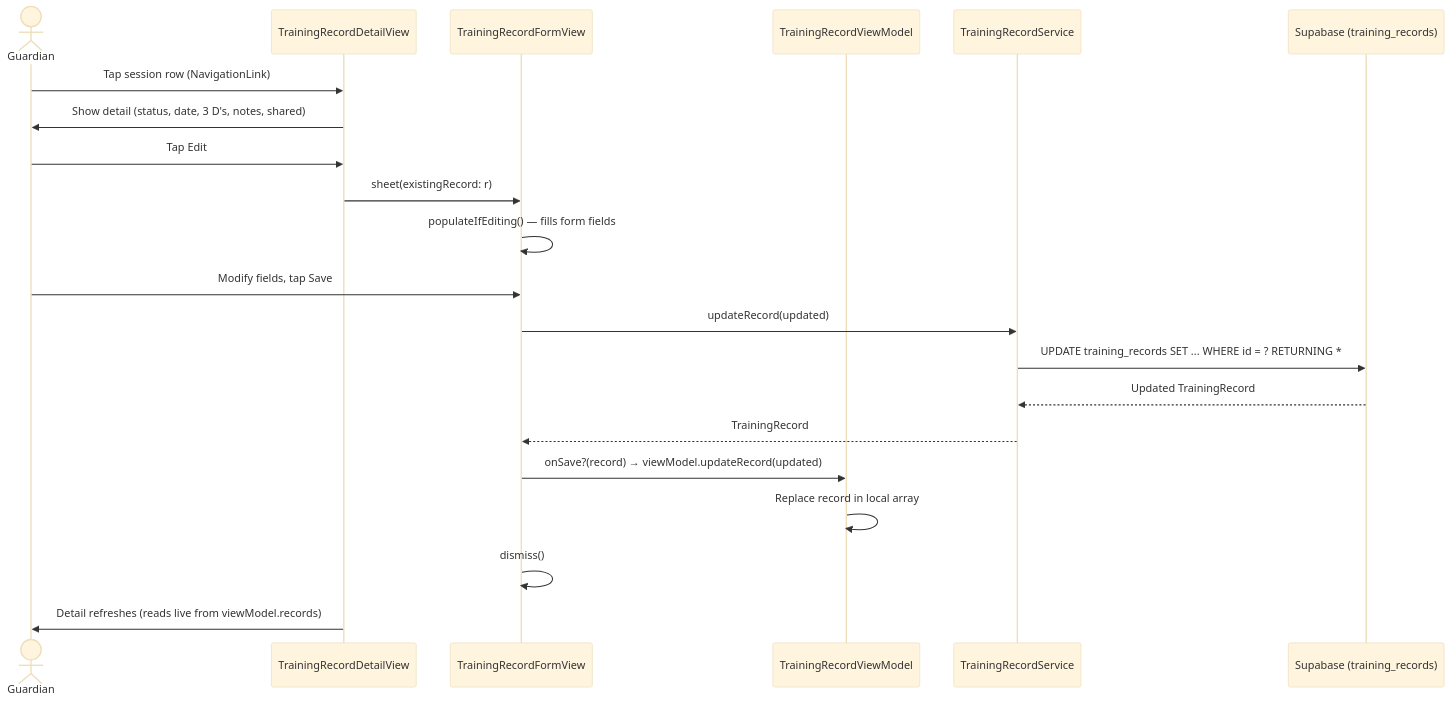
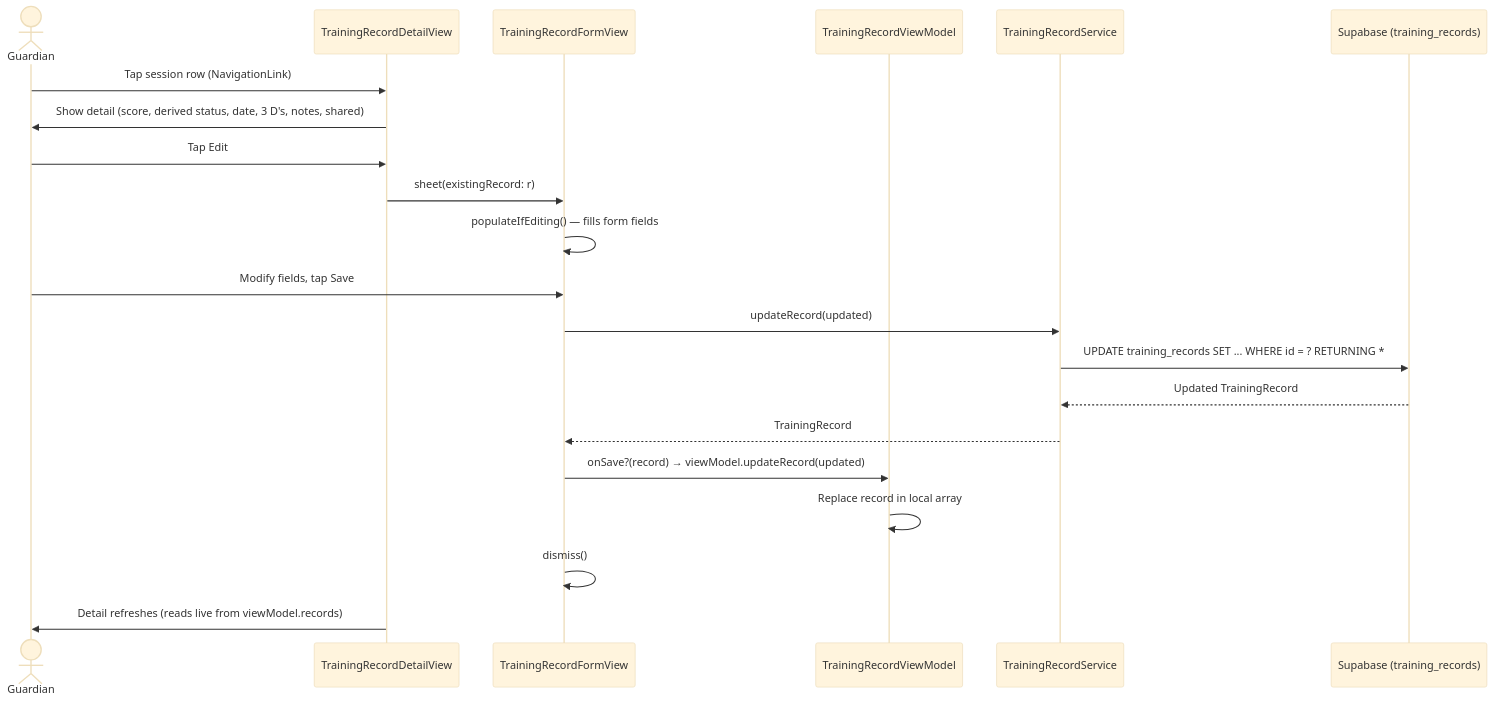
One commit to markculley/HoundHabit changed the third of 4 diagrams in docs/use_cases/log_training.md. Above: the diagram before and after it, drawn with Mermaid (base theme). The commit also changed other lines of this file and 9 other files, not shown here.

````diff
--- a/docs/use_cases/log_training.md
+++ b/docs/use_cases/log_training.md
@@ -65,24 +67,24 @@
 ```mermaid
 sequenceDiagram
     actor G as Guardian
     participant DV as TrainingRecordDetailView
     participant FV as TrainingRecordFormView
     participant VM as TrainingRecordViewModel
     participant SVC as TrainingRecordService
     participant DB as Supabase (training_records)
 
     G->>DV: Tap session row (NavigationLink)
-    DV->>G: Show detail (status, date, 3 D's, notes, shared)
+    DV->>G: Show detail (score, derived status, date, 3 D's, notes, shared)
     G->>DV: Tap Edit
     DV->>FV: sheet(existingRecord: r)
     FV->>FV: populateIfEditing() — fills form fields
     G->>FV: Modify fields, tap Save
     FV->>SVC: updateRecord(updated)
     SVC->>DB: UPDATE training_records SET ... WHERE id = ? RETURNING *
     DB-->>SVC: Updated TrainingRecord
     SVC-->>FV: TrainingRecord
     FV->>VM: onSave?(record) → viewModel.updateRecord(updated)
     VM->>VM: Replace record in local array
     FV->>FV: dismiss()
     DV->>G: Detail refreshes (reads live from viewModel.records)
 ```
````
